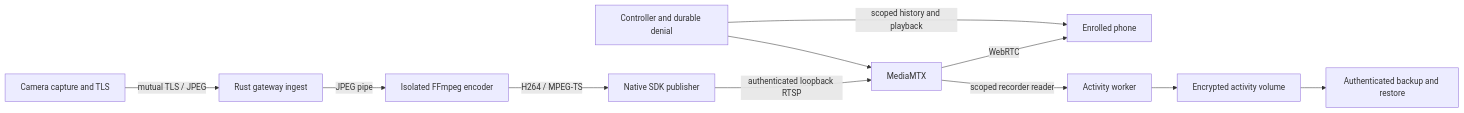
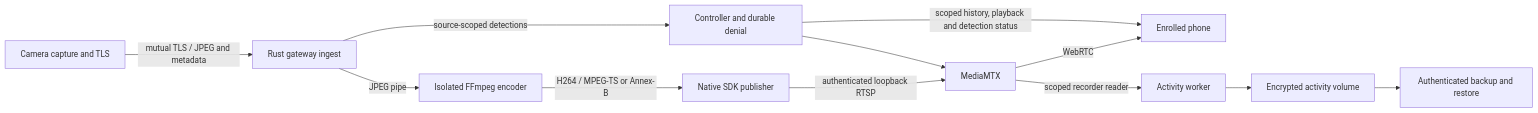
One commit to yongkyuns/nxrs changed the diagram in docs/security-integration.md. Above: the diagram before and after it, drawn with Mermaid. The commit also changed other lines of this file and 1 other file, not shown here.

````diff
--- a/docs/security-integration.md
+++ b/docs/security-integration.md
@@ -19,13 +21,14 @@
 ```mermaid
 flowchart LR
-    Camera[Camera capture and TLS] -->|mutual TLS / JPEG| Ingest[Rust gateway ingest]
+    Camera[Camera capture and TLS] -->|mutual TLS / JPEG and metadata| Ingest[Rust gateway ingest]
     Ingest -->|JPEG pipe| Encoder[Isolated FFmpeg encoder]
-    Encoder -->|H264 / MPEG-TS| Publisher[Native SDK publisher]
+    Encoder -->|H264 / MPEG-TS or Annex-B| Publisher[Native SDK publisher]
     Publisher -->|authenticated loopback RTSP| Media[MediaMTX]
     Media -->|WebRTC| Phone[Enrolled phone]
     Media -->|scoped recorder reader| Activity[Activity worker]
     Activity --> Volume[Encrypted activity volume]
     Volume --> Backup[Authenticated backup and restore]
     Control[Controller and durable denial] --> Media
-    Control -->|scoped history and playback| Phone
+    Ingest -->|source-scoped detections| Control
+    Control -->|scoped history, playback and detection status| Phone
 ```
````
